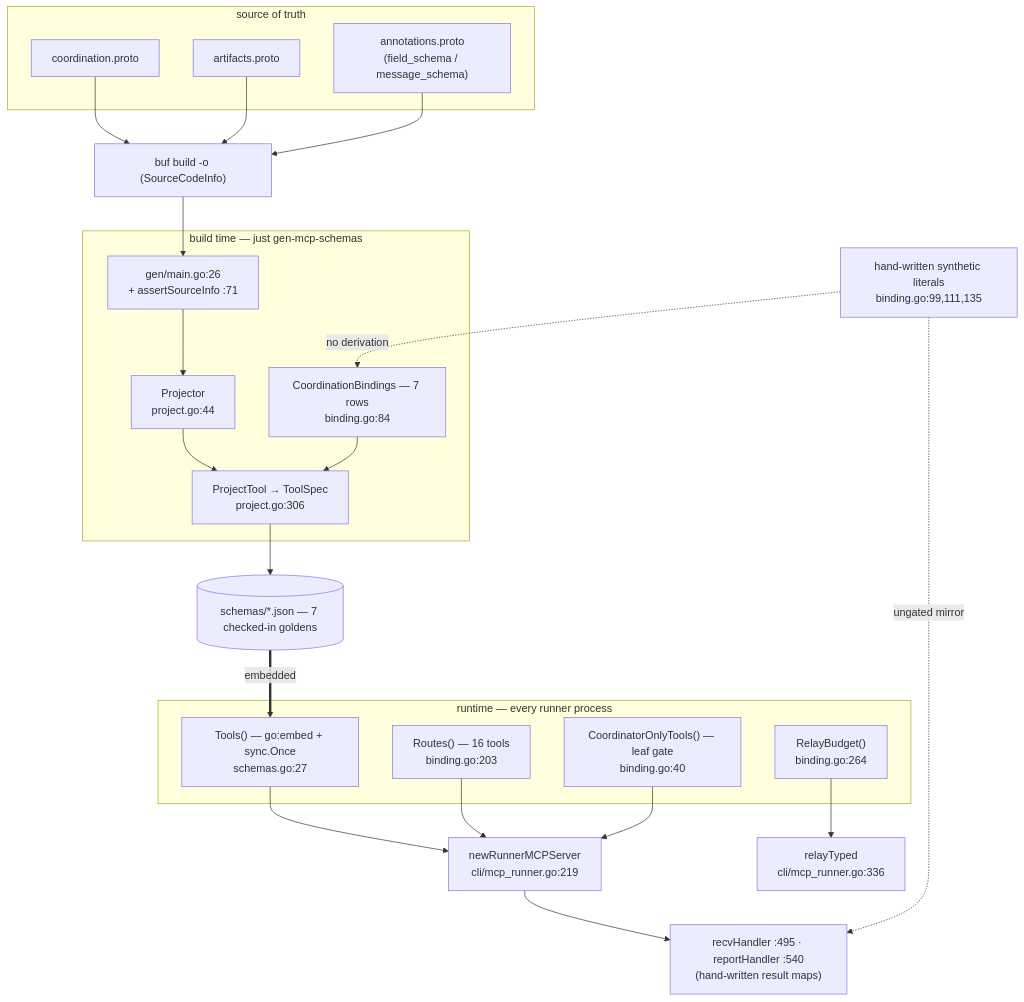
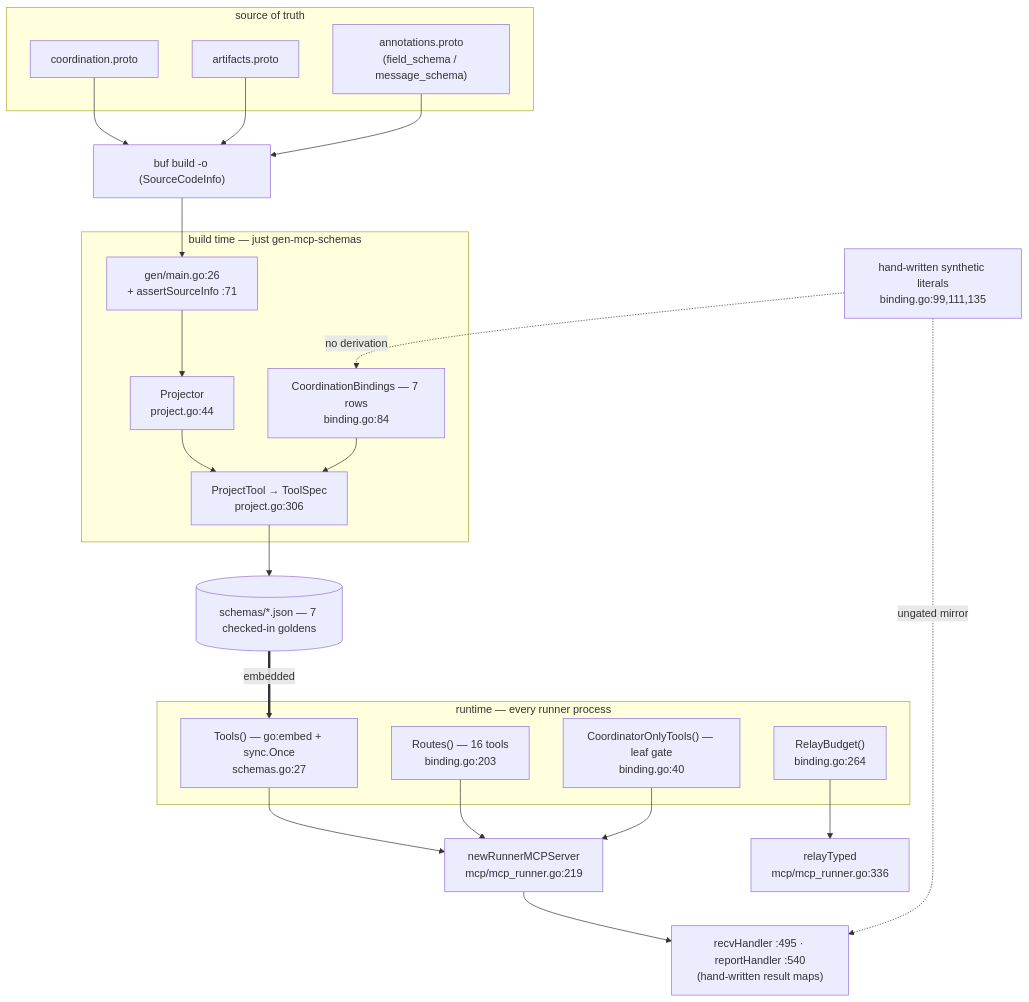
The diagram in docs/architecture/agentcoord/mcp-tool-surface.md (ctxloom/ctxloom), drawn with Mermaid before and after one commit. The commit also changed other lines of this file and 29 other files, not shown here.

First line of the commit message:
fix(arch): repoint mcpschema's handler-scope paths at internal/mcp

````diff
--- a/docs/architecture/agentcoord/mcp-tool-surface.md
+++ b/docs/architecture/agentcoord/mcp-tool-surface.md
@@ -15,31 +15,31 @@
 ```mermaid
 flowchart TD
   subgraph SoT["source of truth"]
     P1["coordination.proto"]
     P2["artifacts.proto"]
     P3["annotations.proto<br/>(field_schema / message_schema)"]
   end
   BUF["buf build -o (SourceCodeInfo)"]
   P1 & P2 & P3 --> BUF
   subgraph GEN["build time — just gen-mcp-schemas"]
     MAIN["gen/main.go:26<br/>+ assertSourceInfo :71"]
     PROJ["Projector<br/>project.go:44"]
     BIND["CoordinationBindings — 7 rows<br/>binding.go:84"]
     PT["ProjectTool → ToolSpec<br/>project.go:306"]
   end
   BUF --> MAIN --> PROJ --> PT
   BIND --> PT
   PT --> GOLD[("schemas/*.json — 7 checked-in goldens")]
   SYN["hand-written synthetic literals<br/>binding.go:99,111,135"] -.->|no derivation| BIND
   subgraph RT["runtime — every runner process"]
     TOOLS["Tools() — go:embed + sync.Once<br/>schemas.go:27"]
     ROUTES["Routes() — 16 tools<br/>binding.go:203"]
     COO["CoordinatorOnlyTools() — leaf gate<br/>binding.go:40"]
     RB["RelayBudget()<br/>binding.go:264"]
   end
   GOLD ==>|embedded| TOOLS
-  TOOLS & ROUTES & COO --> RUNNER["newRunnerMCPServer<br/>cli/mcp_runner.go:219"]
-  RB --> RELAY["relayTyped<br/>cli/mcp_runner.go:336"]
+  TOOLS & ROUTES & COO --> RUNNER["newRunnerMCPServer<br/>mcp/mcp_runner.go:219"]
+  RB --> RELAY["relayTyped<br/>mcp/mcp_runner.go:336"]
   RUNNER --> HANDLERS["recvHandler :495 · reportHandler :540<br/>(hand-written result maps)"]
   SYN -.->|ungated mirror| HANDLERS
 ```
````
